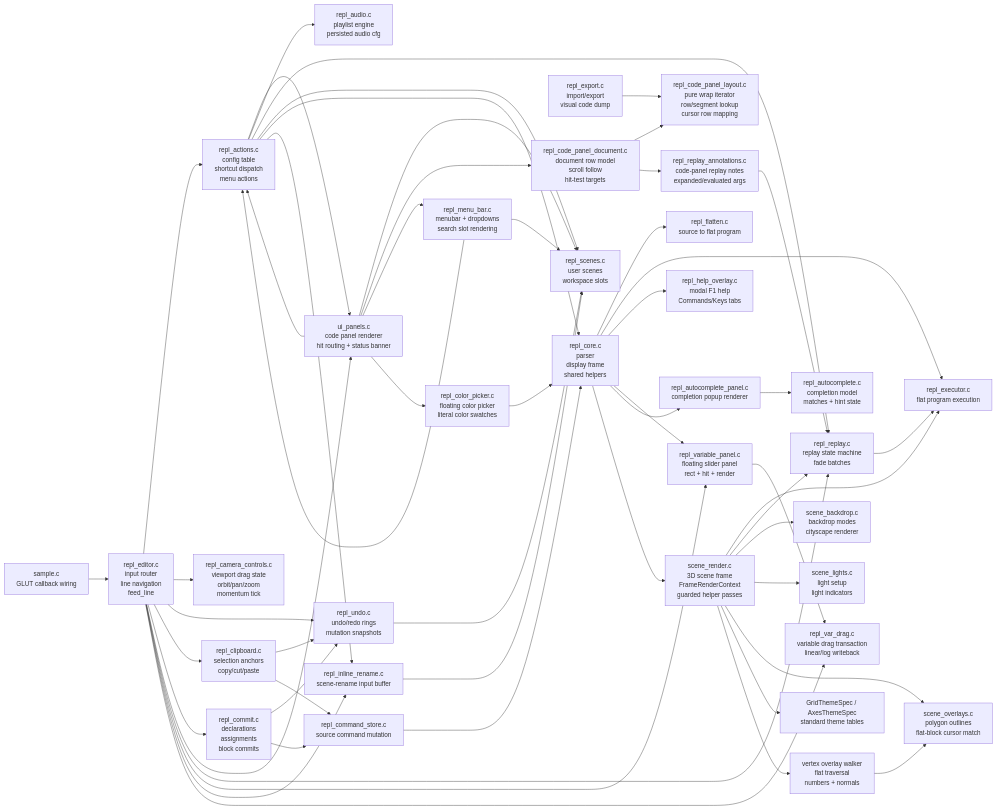
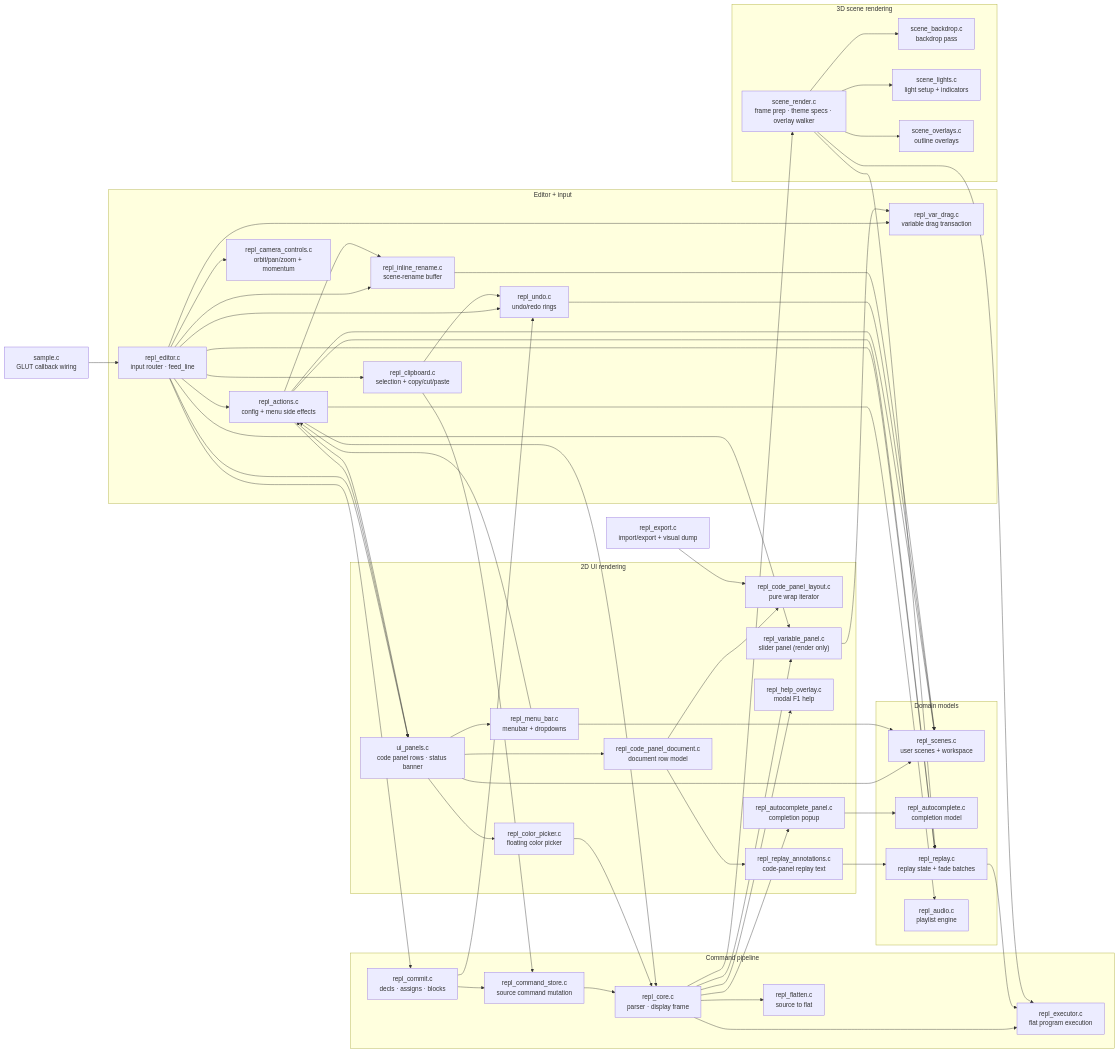
One commit to drewwoods/gl-repl changed the diagram in REPL_REFACTOR_MAP.md. Above: the diagram before and after it, drawn with Mermaid. The commit also changed other lines of this file and 3 other files, not shown here.

````diff
--- a/REPL_REFACTOR_MAP.md
+++ b/REPL_REFACTOR_MAP.md
@@ -7,55 +12,72 @@
 ```mermaid
 flowchart LR
     sample["sample.c<br/>GLUT callback wiring"]
-    editor["repl_editor.c<br/>input router<br/>line navigation<br/>feed_line"]
 
-    actions["repl_actions.c<br/>config table<br/>shortcut dispatch<br/>menu actions"]
-    camera["repl_camera_controls.c<br/>viewport drag state<br/>orbit/pan/zoom<br/>momentum tick"]
-    undo["repl_undo.c<br/>undo/redo rings<br/>mutation snapshots"]
-    clipboard["repl_clipboard.c<br/>selection anchors<br/>copy/cut/paste"]
-    commit["repl_commit.c<br/>declarations<br/>assignments<br/>block commits"]
-    store["repl_command_store.c<br/>source command mutation"]
+    subgraph pipeline["Command pipeline"]
+        core["repl_core.c<br/>parser · display frame"]
+        flatten["repl_flatten.c<br/>source to flat"]
+        exec["repl_executor.c<br/>flat program execution"]
+        commit["repl_commit.c<br/>decls · assigns · blocks"]
+        store["repl_command_store.c<br/>source command mutation"]
+    end
 
-    ui["ui_panels.c<br/>code panel renderer<br/>hit routing + status banner"]
-    layout["repl_code_panel_layout.c<br/>pure wrap iterator<br/>row/segment lookup<br/>cursor row mapping"]
-    docrows["repl_code_panel_document.c<br/>document row model<br/>scroll follow<br/>hit-test targets"]
-    menu["repl_menu_bar.c<br/>menubar + dropdowns<br/>search slot rendering"]
-    color["repl_color_picker.c<br/>floating color picker<br/>literal color swatches"]
-    help["repl_help_overlay.c<br/>modal F1 help<br/>Commands/Keys tabs"]
-    varpanel["repl_variable_panel.c<br/>floating slider panel<br/>rect + hit + render"]
-    acmodel["repl_autocomplete.c<br/>completion model<br/>matches + hint state"]
-    acpanel["repl_autocomplete_panel.c<br/>completion popup renderer"]
-    rename["repl_inline_rename.c<br/>scene-rename input buffer"]
-    vardrag["repl_var_drag.c<br/>variable drag transaction<br/>linear/log writeback"]
-    replay_ann["repl_replay_annotations.c<br/>code-panel replay notes<br/>expanded/evaluated args"]
-    export["repl_export.c<br/>import/export<br/>visual code dump"]
-    audio["repl_audio.c<br/>playlist engine<br/>persisted audio cfg"]
-    replay["repl_replay.c<br/>replay state machine<br/>fade batches"]
-    scene["scene_render.c<br/>3D scene frame<br/>FrameRenderContext<br/>guarded helper passes"]
-    backdrop["scene_backdrop.c<br/>backdrop modes<br/>cityscape renderer"]
-    lights["scene_lights.c<br/>light setup<br/>light indicators"]
-    overlays["scene_overlays.c<br/>polygon outlines<br/>flat-block cursor match"]
-    scene_theme["GridThemeSpec / AxesThemeSpec<br/>standard theme tables"]
-    scene_overlay["vertex overlay walker<br/>flat traversal<br/>numbers + normals"]
-    scenes["repl_scenes.c<br/>user scenes<br/>workspace slots"]
-    core["repl_core.c<br/>parser<br/>display frame<br/>shared helpers"]
-    flatten["repl_flatten.c<br/>source to flat program"]
-    exec["repl_executor.c<br/>flat program execution"]
+    subgraph input["Editor + input"]
+        editor["repl_editor.c<br/>input router · feed_line"]
+        actions["repl_actions.c<br/>config + menu side effects"]
+        camera["repl_camera_controls.c<br/>orbit/pan/zoom + momentum"]
+        undo["repl_undo.c<br/>undo/redo rings"]
+        clipboard["repl_clipboard.c<br/>selection + copy/cut/paste"]
+        vardrag["repl_var_drag.c<br/>variable drag transaction"]
+        rename["repl_inline_rename.c<br/>scene-rename buffer"]
+    end
+
+    subgraph models["Domain models"]
+        scenes["repl_scenes.c<br/>user scenes + workspace"]
+        acmodel["repl_autocomplete.c<br/>completion model"]
+        replay["repl_replay.c<br/>replay state + fade batches"]
+        audio["repl_audio.c<br/>playlist engine"]
+    end
+
+    subgraph ui_layer["2D UI rendering"]
+        uicp["ui_panels.c<br/>code panel rows · status banner"]
+        layout["repl_code_panel_layout.c<br/>pure wrap iterator"]
+        docrows["repl_code_panel_document.c<br/>document row model"]
+        replay_ann["repl_replay_annotations.c<br/>code-panel replay text"]
+        menu["repl_menu_bar.c<br/>menubar + dropdowns"]
+        color["repl_color_picker.c<br/>floating color picker"]
+        help["repl_help_overlay.c<br/>modal F1 help"]
+        varpanel["repl_variable_panel.c<br/>slider panel (render only)"]
+        acpanel["repl_autocomplete_panel.c<br/>completion popup"]
+    end
+
+    subgraph scene_layer["3D scene rendering"]
+        sceneR["scene_render.c<br/>frame prep · theme specs · overlay walker"]
+        backdrop["scene_backdrop.c<br/>backdrop pass"]
+        lights["scene_lights.c<br/>light setup + indicators"]
+        overlays["scene_overlays.c<br/>outline overlays"]
+    end
+
+    export["repl_export.c<br/>import/export + visual dump"]
 
     sample --> editor
+
     editor --> actions
     editor --> camera
     editor --> undo
     editor --> clipboard
     editor --> commit
-    editor --> ui
+    editor --> uicp
     editor --> replay
+    editor --> varpanel
+    editor --> rename
+    editor --> vardrag
 
-    actions --> ui
     actions --> audio
     actions --> replay
     actions --> scenes
     actions --> core
+    actions --> rename
+    actions --> uicp
 
     clipboard --> undo
     clipboard --> store
@@ -66,31 +88,27 @@
 
     core --> flatten
     core --> exec
+    core --> sceneR
     core --> help
     core --> varpanel
     core --> acpanel
-    editor --> varpanel
-    editor --> rename
-    editor --> vardrag
-    actions --> rename
+
     acpanel --> acmodel
     rename --> scenes
     varpanel --> vardrag
     replay --> exec
-    core --> scene
-    scene --> exec
-    scene --> replay
-    scene --> backdrop
-    scene --> lights
-    scene --> overlays
-    scene_overlay --> overlays
-    scene --> scene_theme
-    scene --> scene_overlay
-    ui --> actions
-    ui --> scenes
-    ui --> docrows
-    ui --> menu
-    ui --> color
+
+    sceneR --> exec
+    sceneR --> replay
+    sceneR --> backdrop
+    sceneR --> lights
+    sceneR --> overlays
+
+    uicp --> actions
+    uicp --> scenes
+    uicp --> docrows
+    uicp --> menu
+    uicp --> color
     docrows --> layout
     docrows --> replay_ann
     replay_ann --> replay
````
